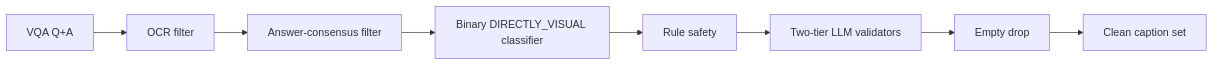
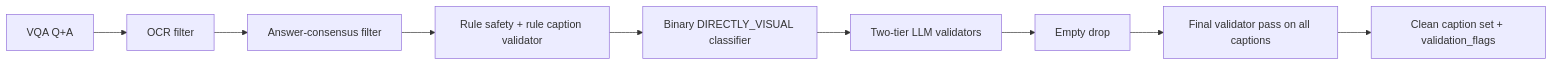
Before and after one commit to MahdiRuzmeh/ImageCaptioningImprovedVisualQuestionAnswering: the sixth of 6 diagrams in QuestionDependentCaptionGenerator/architecture/architecture.en.md, drawn with Mermaid. The commit also changed other lines of this file and 7 other files, not shown here.

Commit message:
feat: Refine question classification and caption generation by implementing a conservative whitelist for visual questions, enhancing validation checks, and adding detailed logging for rule validation outcomes. Update documentation to reflect changes in classification logic and processing flow.

````diff
--- a/QuestionDependentCaptionGenerator/architecture/architecture.en.md
+++ b/QuestionDependentCaptionGenerator/architecture/architecture.en.md
@@ -231,10 +265,11 @@
 ```mermaid
 flowchart LR
   inQ[VQA Q+A] --> g1[OCR filter]
   g1 --> gC[Answer-consensus filter]
-  gC --> g2[Binary DIRECTLY_VISUAL classifier]
-  g2 --> g3[Rule safety]
-  g3 --> g4[Two-tier LLM validators]
+  gC --> g3[Rule safety + rule caption validator]
+  g3 --> g2[Binary DIRECTLY_VISUAL classifier]
+  g2 --> g4[Two-tier LLM validators]
   g4 --> g5[Empty drop]
-  g5 --> clean[Clean caption set]
+  g5 --> g6[Final validator pass on all captions]
+  g6 --> clean[Clean caption set + validation_flags]
 ```
````
